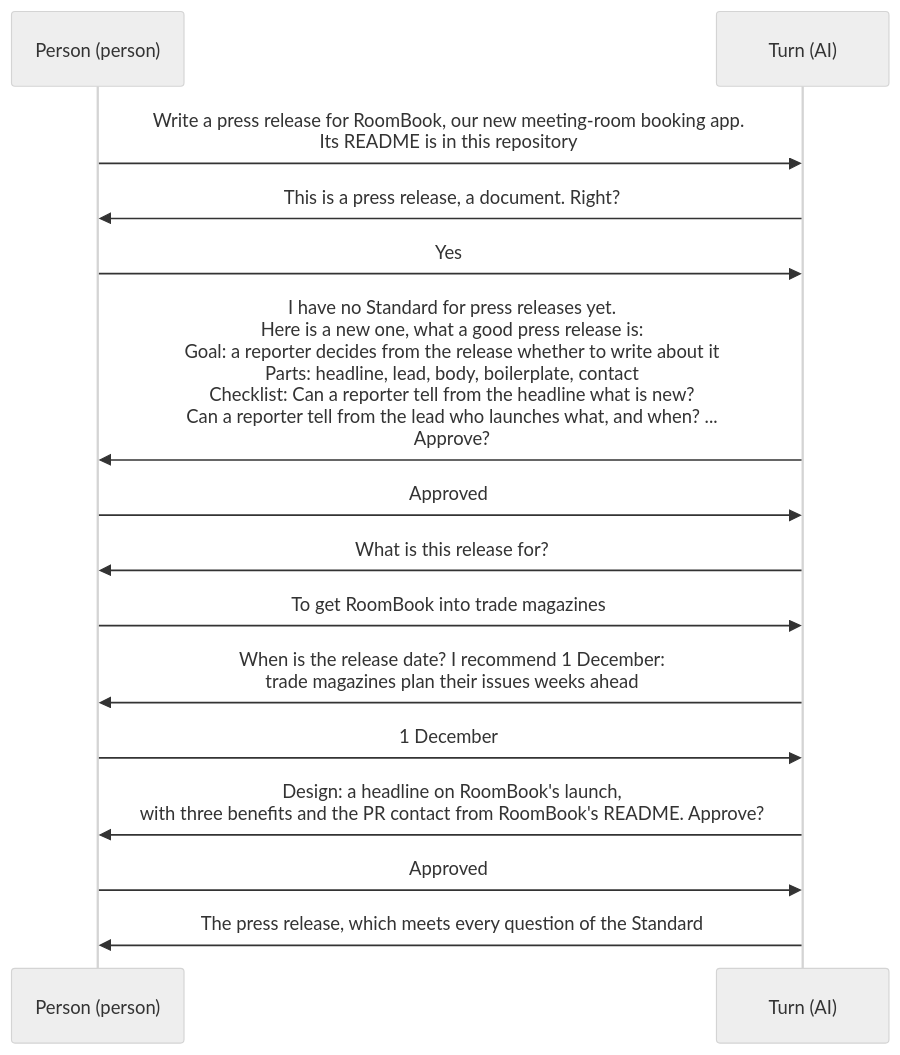
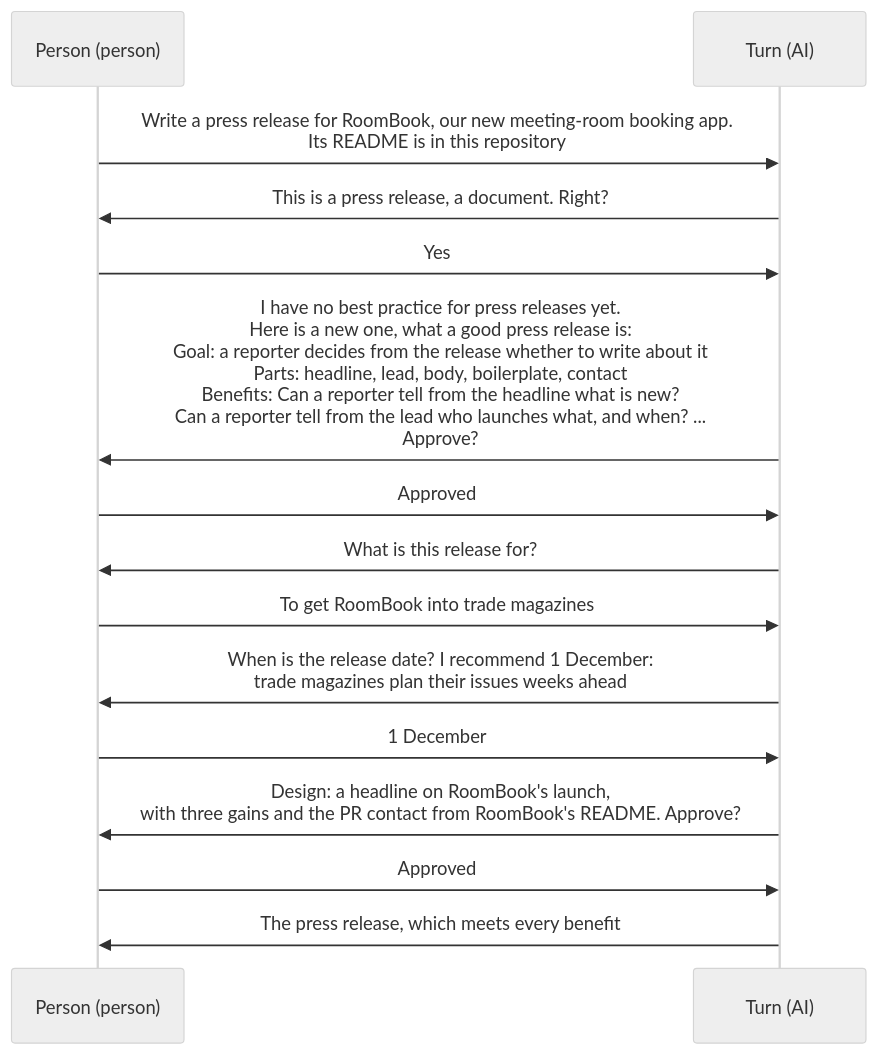
One commit to lovaizu/ccpm changed the diagram in dev/turn/ux.md. Above: the diagram before and after it, drawn with Mermaid (neutral theme). The commit also changed 14 other files, not shown here.

First line of the commit message:
turn's documents and figures speak of a best practice's goal, parts, benefits and practices, with no Standard; practices.py gives the evaluator the first three; page titles of three grounds as their pages now give them

````diff
--- a/dev/turn/ux.md
+++ b/dev/turn/ux.md
@@ -22,17 +22,17 @@
 ```mermaid
 sequenceDiagram
   participant P as Person (person)
   participant T as Turn (AI)
   P->>T: Write a press release for RoomBook, our new meeting-room booking app.<br/>Its README is in this repository
   T->>P: This is a press release, a document. Right?
   P->>T: Yes
-  T->>P: I have no Standard for press releases yet.<br/>Here is a new one, what a good press release is:<br/>Goal: a reporter decides from the release whether to write about it<br/>Parts: headline, lead, body, boilerplate, contact<br/>Checklist: Can a reporter tell from the headline what is new?<br/>Can a reporter tell from the lead who launches what, and when? ...<br/>Approve?
+  T->>P: I have no best practice for press releases yet.<br/>Here is a new one, what a good press release is:<br/>Goal: a reporter decides from the release whether to write about it<br/>Parts: headline, lead, body, boilerplate, contact<br/>Benefits: Can a reporter tell from the headline what is new?<br/>Can a reporter tell from the lead who launches what, and when? ...<br/>Approve?
   P->>T: Approved
   T->>P: What is this release for?
   P->>T: To get RoomBook into trade magazines
   T->>P: When is the release date? I recommend 1 December:<br/>trade magazines plan their issues weeks ahead
   P->>T: 1 December
-  T->>P: Design: a headline on RoomBook's launch,<br/>with three benefits and the PR contact from RoomBook's README. Approve?
+  T->>P: Design: a headline on RoomBook's launch,<br/>with three gains and the PR contact from RoomBook's README. Approve?
   P->>T: Approved
-  T->>P: The press release, which meets every question of the Standard
+  T->>P: The press release, which meets every benefit
 ```
````
